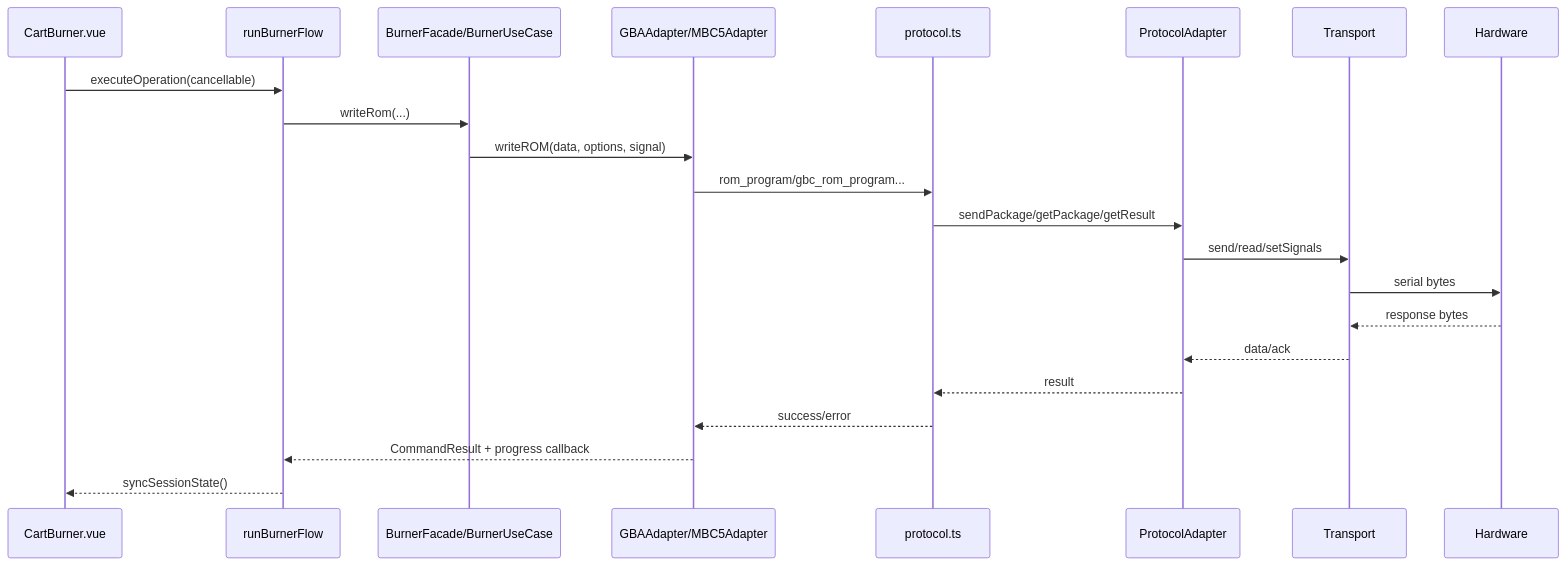
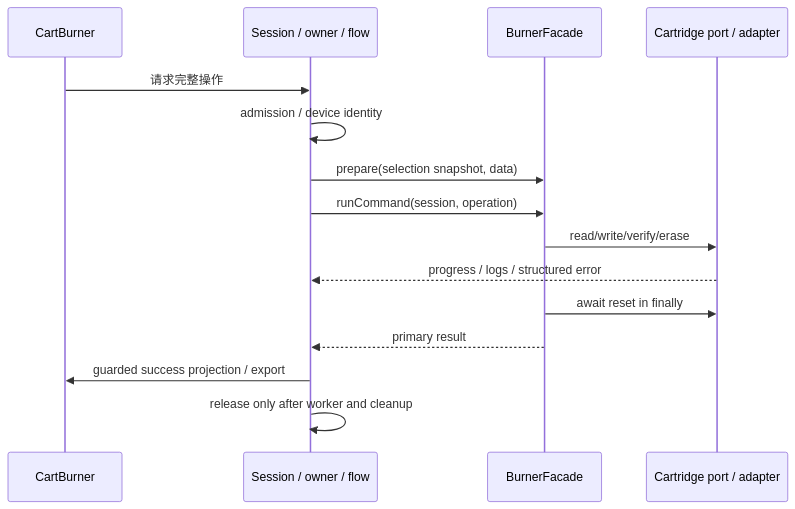
Before and after one commit to tautcony/beggar_socket: the diagram in web-client/docs/modules/08-dataflows.md, drawn with Mermaid. The commit also changed other lines of this file and 19 other files, not shown here.

Commit message:
docs(web-client): reconcile architecture and verified finding status

````diff
--- a/web-client/docs/modules/08-dataflows.md
+++ b/web-client/docs/modules/08-dataflows.md
@@ -44,25 +9,17 @@
 ```mermaid
 sequenceDiagram
-  participant View as CartBurner.vue
-  participant Flow as runBurnerFlow
-  participant Facade as BurnerFacade/BurnerUseCase
-  participant Adapter as GBAAdapter/MBC5Adapter
-  participant Proto as protocol.ts
-  participant PA as ProtocolAdapter
-  participant T as Transport
-  participant Device as Hardware
-
-  View->>Flow: executeOperation(cancellable)
-  Flow->>Facade: writeRom(...)
-  Facade->>Adapter: writeROM(data, options, signal)
-  Adapter->>Proto: rom_program/gbc_rom_program...
-  Proto->>PA: sendPackage/getPackage/getResult
-  PA->>T: send/read/setSignals
-  T->>Device: serial bytes
-  Device-->>T: response bytes
-  T-->>PA: data/ack
-  PA-->>Proto: result
-  Proto-->>Adapter: success/error
-  Adapter-->>Flow: CommandResult + progress callback
-  Flow-->>View: syncSessionState()
+  participant UI as CartBurner
+  participant Flow as Session / owner / flow
+  participant App as BurnerFacade
+  participant HW as Cartridge port / adapter
+  UI->>Flow: 请求完整操作
+  Flow->>Flow: admission / device identity
+  Flow->>App: prepare(selection snapshot, data)
+  Flow->>App: runCommand(session, operation)
+  App->>HW: read/write/verify/erase
+  HW-->>Flow: progress / logs / structured error
+  App->>HW: await reset in finally
+  App-->>Flow: primary result
+  Flow->>UI: guarded success projection / export
+  Flow->>Flow: release only after worker and cleanup
 ```
````
